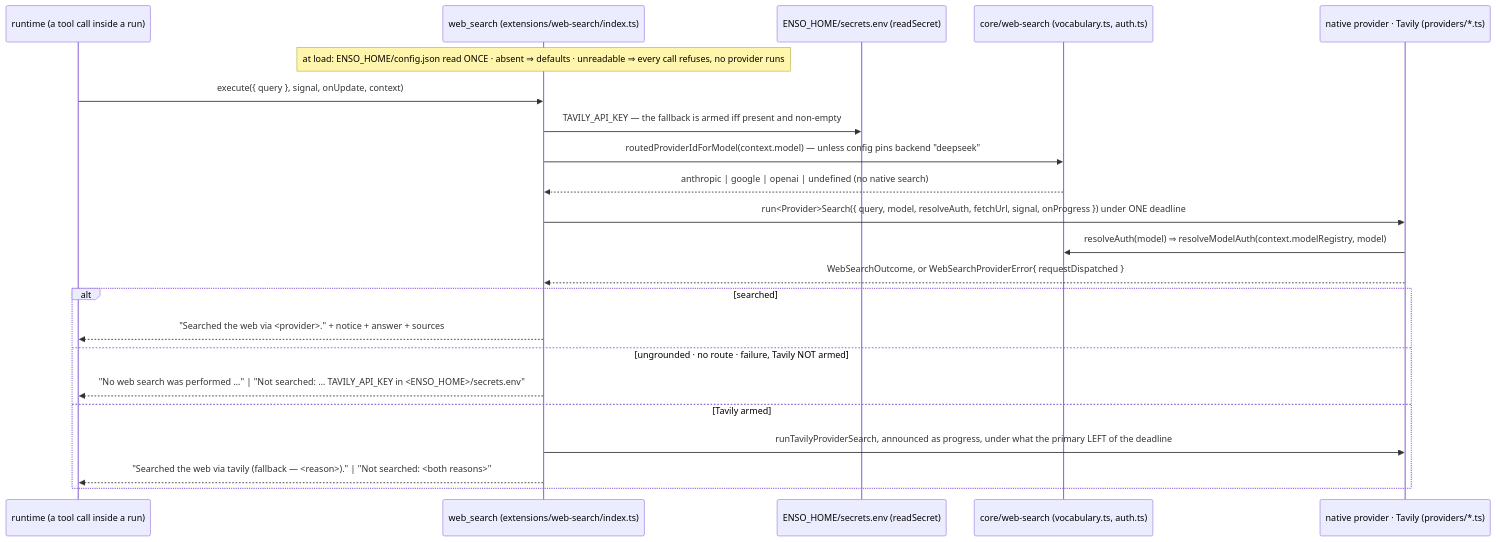
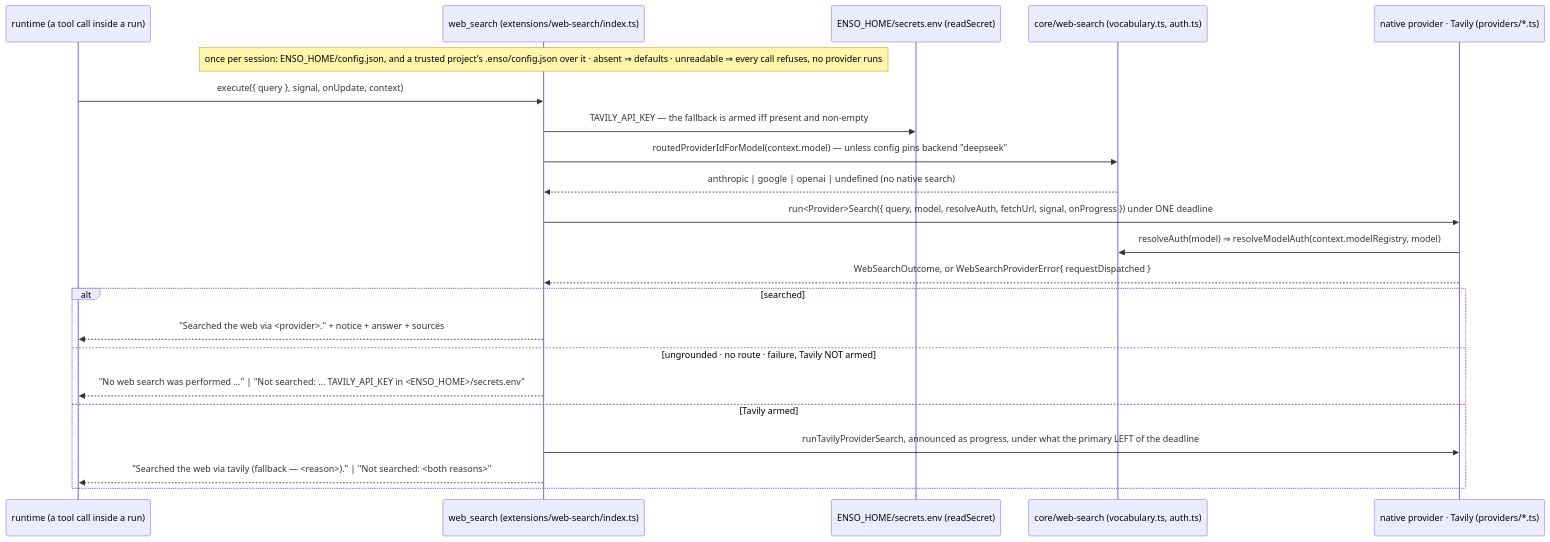
Before and after one commit to dopamine911/enso-harness: the diagram in docs/flows/web-search-call.md, drawn with Mermaid. The commit also changed 8 other files, not shown here.

First line of the commit message:
docs: the project config and pi's trust decision (#421, slice 3)

````diff
--- a/docs/flows/web-search-call.md
+++ b/docs/flows/web-search-call.md
@@ -13,25 +13,25 @@
 ```mermaid
 sequenceDiagram
   participant R as runtime (a tool call inside a run)
   participant X as web_search (extensions/web-search/index.ts)
   participant S as ENSO_HOME/secrets.env (readSecret)
   participant V as core/web-search (vocabulary.ts, auth.ts)
   participant P as native provider · Tavily (providers/*.ts)
 
-  Note over X: at load: ENSO_HOME/config.json read ONCE · absent ⇒ defaults · unreadable ⇒ every call refuses, no provider runs
+  Note over X: once per session: ENSO_HOME/config.json, and a trusted project's .enso/config.json over it · absent ⇒ defaults · unreadable ⇒ every call refuses, no provider runs
   R->>X: execute({ query }, signal, onUpdate, context)
   X->>S: TAVILY_API_KEY — the fallback is armed iff present and non-empty
   X->>V: routedProviderIdForModel(context.model) — unless config pins backend "deepseek"
   V-->>X: anthropic | google | openai | undefined (no native search)
   X->>P: run<Provider>Search({ query, model, resolveAuth, fetchUrl, signal, onProgress }) under ONE deadline
   P->>V: resolveAuth(model) ⇒ resolveModelAuth(context.modelRegistry, model)
   P-->>X: WebSearchOutcome, or WebSearchProviderError{ requestDispatched }
   alt searched
     X-->>R: "Searched the web via <provider>." + notice + answer + sources
   else ungrounded · no route · failure, Tavily NOT armed
     X-->>R: "No web search was performed …" | "Not searched: … TAVILY_API_KEY in <ENSO_HOME>/secrets.env"
   else Tavily armed
     X->>P: runTavilyProviderSearch, announced as progress, under what the primary LEFT of the deadline
     X-->>R: "Searched the web via tavily (fallback — <reason>)." | "Not searched: <both reasons>"
   end
 ```
````
